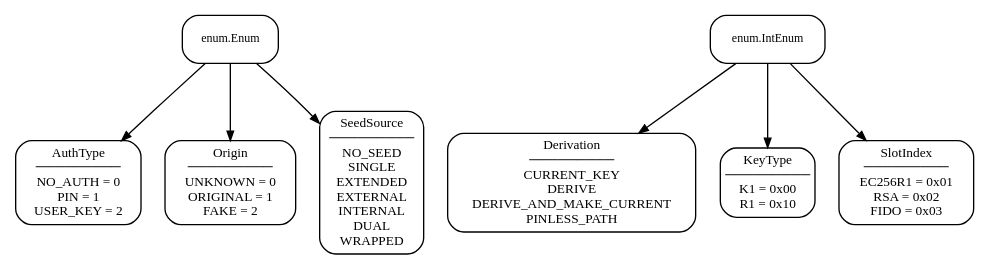
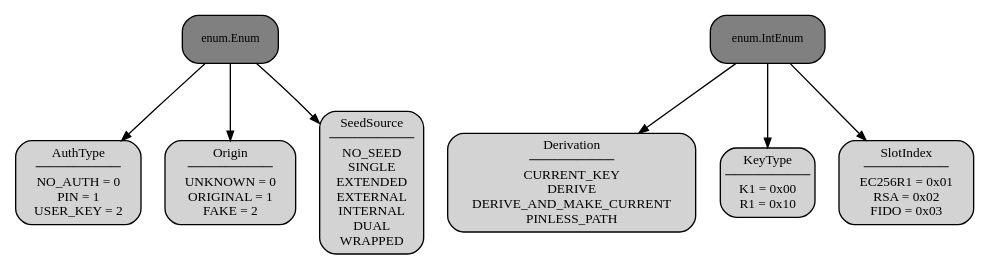
The third of 8 diagrams in docs/class_diagrams.rst (Cryptnox-Software/cryptnoxpy), drawn with Graphviz before and after one commit. The commit also changed other lines of this file and 1 other file, not shown here.

Commit message:
Added gray colors to class diagrams

```diff
--- a/docs/class_diagrams.rst
+++ b/docs/class_diagrams.rst
@@ -150,30 +150,30 @@
 .. graphviz::
    :caption: Enumeration classes
 
    digraph enums {
       rankdir=TB;
-      node [shape=box, style="rounded", fontsize=10, color=black, fontcolor=black];
+      node [shape=box, style="rounded,filled", fontsize=10, color=black, fontcolor=black, fillcolor=lightgray];
       edge [arrowsize=0.7, color=black];
       
       // Python base classes
-      Enum [label="enum.Enum", fontsize=9];
-      IntEnum [label="enum.IntEnum", fontsize=9];
+      Enum [label="enum.Enum", fontsize=9, fillcolor=gray];
+      IntEnum [label="enum.IntEnum", fontsize=9, fillcolor=gray];
       
       // SDK Enums inheriting from Enum
       AuthType [label="AuthType\n─────────\nNO_AUTH = 0\nPIN = 1\nUSER_KEY = 2"];
       Origin [label="Origin\n─────────\nUNKNOWN = 0\nORIGINAL = 1\nFAKE = 2"];
       SeedSource [label="SeedSource\n─────────\nNO_SEED\nSINGLE\nEXTENDED\nEXTERNAL\nINTERNAL\nDUAL\nWRAPPED"];
       
       // SDK Enums inheriting from IntEnum
       Derivation [label="Derivation\n─────────\nCURRENT_KEY\nDERIVE\nDERIVE_AND_MAKE_CURRENT\nPINLESS_PATH"];
       KeyType [label="KeyType\n─────────\nK1 = 0x00\nR1 = 0x10"];
       SlotIndex [label="SlotIndex\n─────────\nEC256R1 = 0x01\nRSA = 0x02\nFIDO = 0x03"];
       
       // Inheritance relationships
       Enum -> AuthType;
       Enum -> Origin;
       Enum -> SeedSource;
       IntEnum -> Derivation;
       IntEnum -> KeyType;
       IntEnum -> SlotIndex;
    }
```
